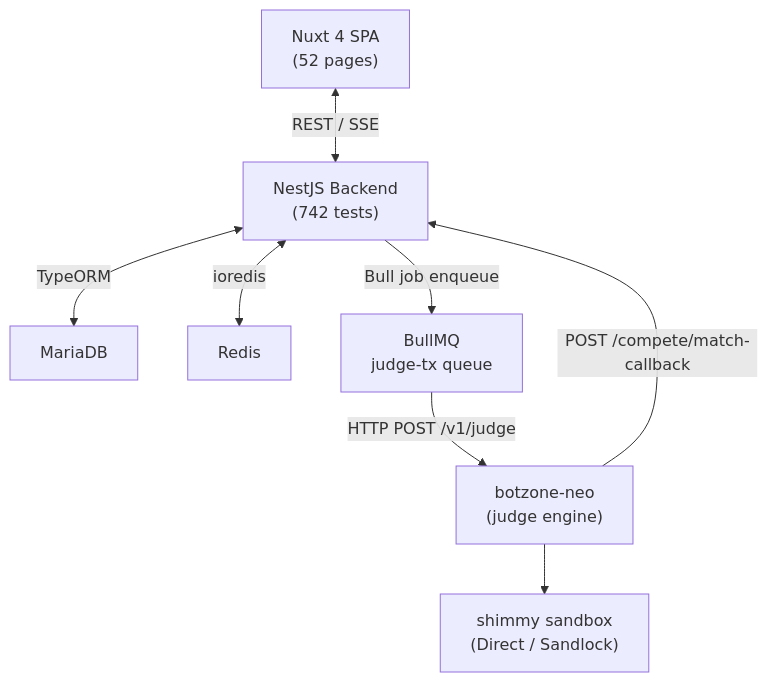
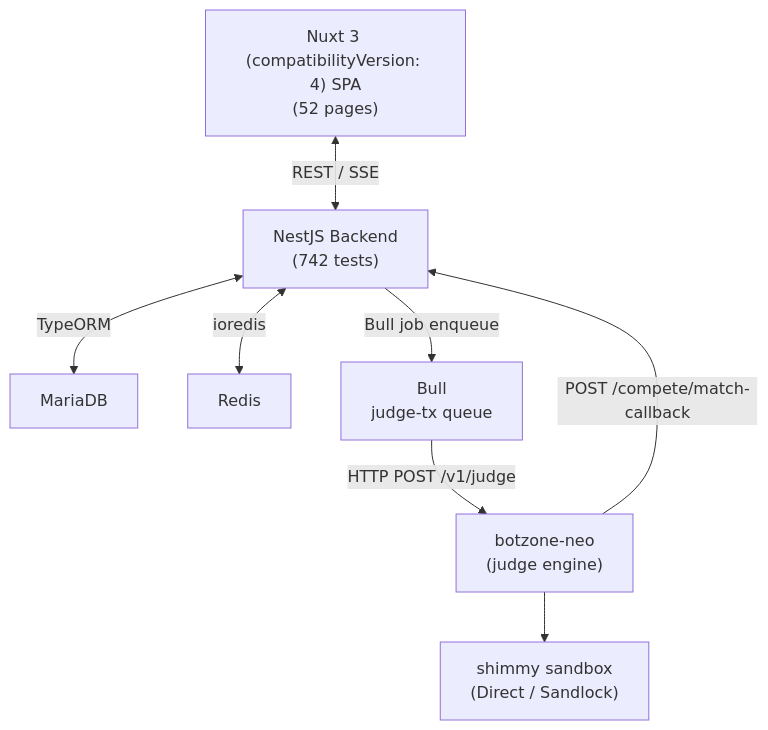
The diagram in docs/ARCHITECTURE.md (ThinkSpiritLab/leverage-backend-neo), drawn with Mermaid before and after one commit. The commit also changed other lines of this file and 7 other files, not shown here.

Commit message:
test: separate SQLite checks and record unified runtime roadmap

````diff
--- a/docs/ARCHITECTURE.md
+++ b/docs/ARCHITECTURE.md
@@ -5,18 +5,18 @@
 ```mermaid
 graph TD
-    FE["Nuxt 4 SPA\n(52 pages)"]
+    FE["Nuxt 3 (compatibilityVersion: 4) SPA\n(52 pages)"]
     BE["NestJS Backend\n(742 tests)"]
     DB["MariaDB"]
     RD["Redis"]
-    BQ["BullMQ\njudge-tx queue"]
+    BQ["Bull\njudge-tx queue"]
     BN["botzone-neo\n(judge engine)"]
     SB["shimmy sandbox\n(Direct / Sandlock)"]
 
     FE <-->|REST / SSE| BE
     BE <-->|TypeORM| DB
     BE <-->|ioredis| RD
     BE -->|Bull job enqueue| BQ
     BQ -->|HTTP POST /v1/judge| BN
     BN -->|POST /compete/match-callback| BE
     BN --> SB
 ```
````
